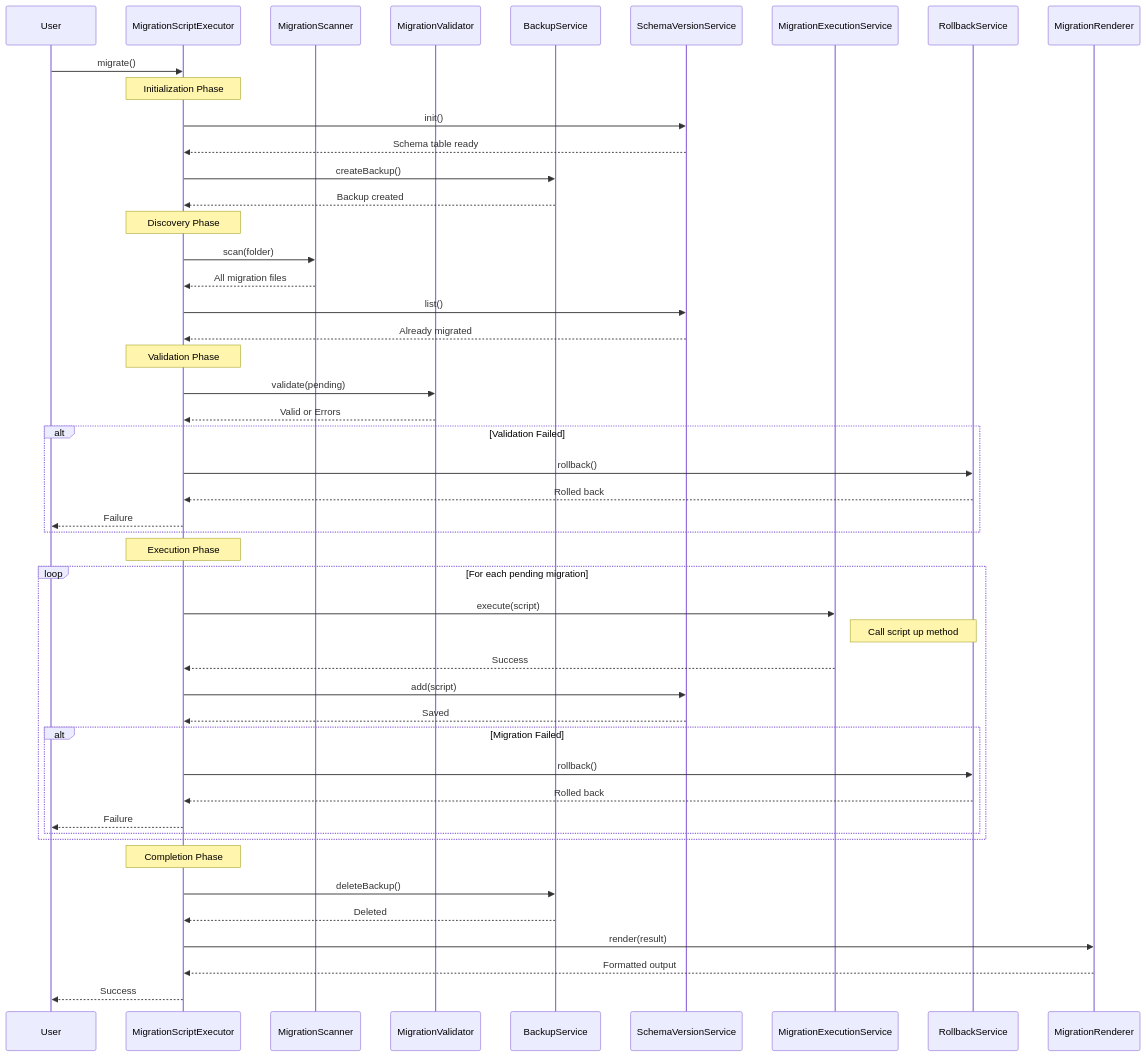
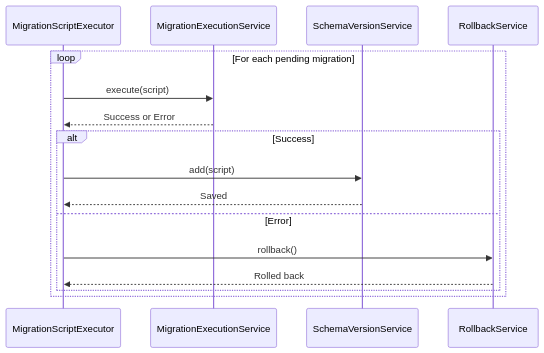
One commit to vlavrynovych/msr changed the third of 4 diagrams in docs/development/architecture/lifecycle.md. Above: the diagram before and after it, drawn with Mermaid. The commit also changed other lines of this file, not shown here.

Commit message:
#64: Simplify lifecycle diagrams for better readability
- Replace complex single sequence diagram with three focused diagrams
- Add high-level workflow flowchart showing main phases
- Split interactions into initialization and execution sections
- Reduce participant count from 9 to 4 per diagram

````diff
--- a/docs/development/architecture/lifecycle.md
+++ b/docs/development/architecture/lifecycle.md
@@ -28,63 +68,20 @@
 ```mermaid
 sequenceDiagram
-    participant User
     participant Executor as MigrationScriptExecutor
-    participant Scanner as MigrationScanner
-    participant Validator as MigrationValidator
-    participant Backup as BackupService
+    participant Execution as MigrationExecutionService
     participant Schema as SchemaVersionService
-    participant Execution as MigrationExecutionService
     participant Rollback as RollbackService
-    participant Renderer as MigrationRenderer
 
-    User->>Executor: migrate()
-
-    Note over Executor: Initialization Phase
-    Executor->>Schema: init()
-    Schema-->>Executor: Schema table ready
-
-    Executor->>Backup: createBackup()
-    Backup-->>Executor: Backup created
-
-    Note over Executor: Discovery Phase
-    Executor->>Scanner: scan(folder)
-    Scanner-->>Executor: All migration files
-
-    Executor->>Schema: list()
-    Schema-->>Executor: Already migrated
-
-    Note over Executor: Validation Phase
-    Executor->>Validator: validate(pending)
-    Validator-->>Executor: Valid or Errors
-
-    alt Validation Failed
-        Executor->>Rollback: rollback()
-        Rollback-->>Executor: Rolled back
-        Executor-->>User: Failure
-    end
-
-    Note over Executor: Execution Phase
     loop For each pending migration
         Executor->>Execution: execute(script)
-        Note right of Execution: Call script up method
-        Execution-->>Executor: Success
+        Execution-->>Executor: Success or Error
 
-        Executor->>Schema: add(script)
-        Schema-->>Executor: Saved
-
-        alt Migration Failed
+        alt Success
+            Executor->>Schema: add(script)
+            Schema-->>Executor: Saved
+        else Error
             Executor->>Rollback: rollback()
             Rollback-->>Executor: Rolled back
-            Executor-->>User: Failure
         end
     end
-
-    Note over Executor: Completion Phase
-    Executor->>Backup: deleteBackup()
-    Backup-->>Executor: Deleted
-
-    Executor->>Renderer: render(result)
-    Renderer-->>Executor: Formatted output
-
-    Executor-->>User: Success
 ```
````
